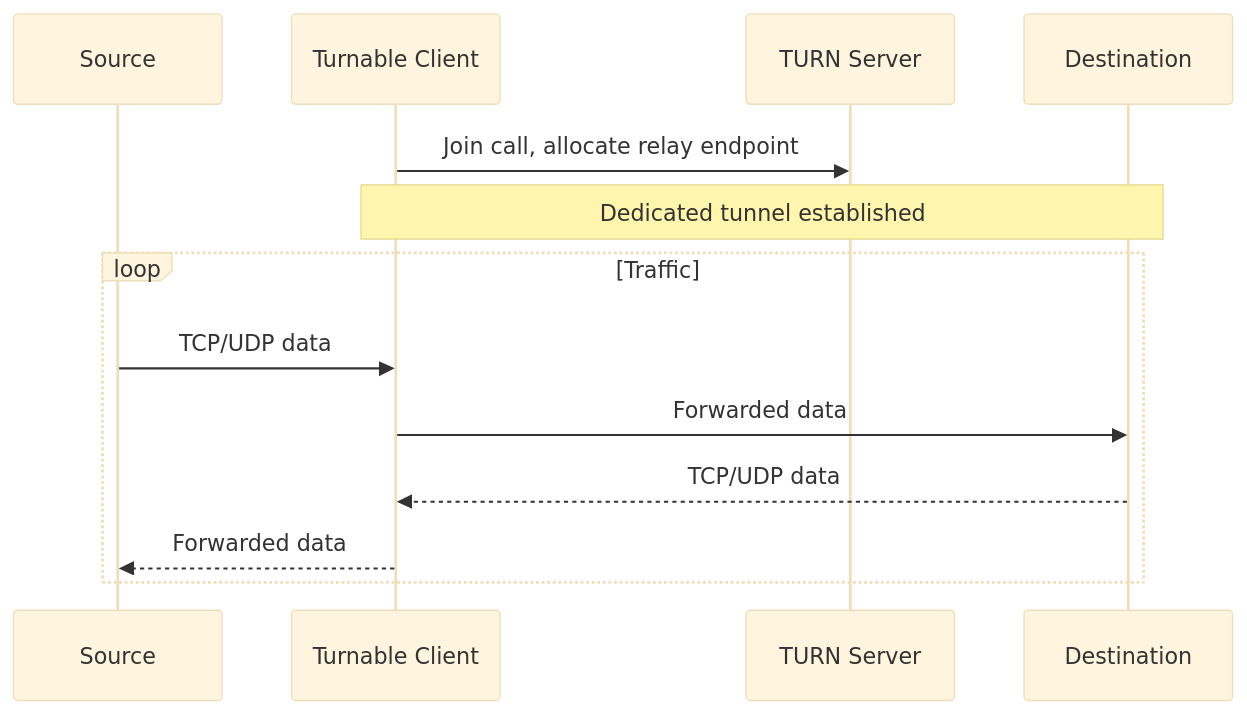
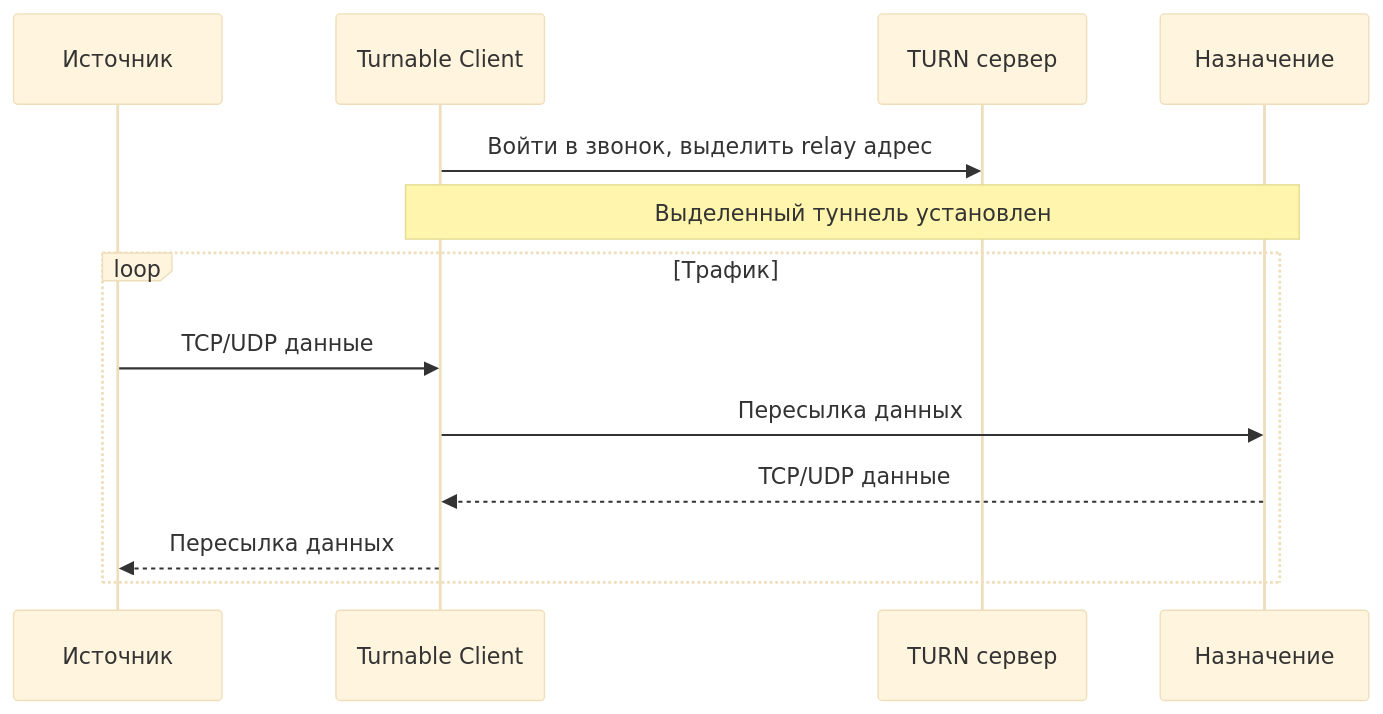
One commit to TheAirBlow/Turnable changed the second of 3 diagrams in README_RU.md. Above: the diagram before and after it, drawn with Mermaid (base theme). The commit also changed other lines of this file and 1 other file, not shown here.

````diff
--- a/README_RU.md
+++ b/README_RU.md
@@ -47,17 +52,17 @@
 ```mermaid
 sequenceDiagram
-    participant App as Source
+    participant App as Источник
     participant TC as Turnable Client
-    participant TURN as TURN Server
-    participant Dest as Destination
+    participant TURN as TURN сервер
+    participant Dest as Назначение
 
-    TC->>TURN: Join call, allocate relay endpoint
-    Note over TC,Dest: Dedicated tunnel established
+    TC->>TURN: Войти в звонок, выделить relay адрес
+    Note over TC,Dest: Выделенный туннель установлен
 
-    loop Traffic
-        App->>TC: TCP/UDP data
-        TC->>Dest: Forwarded data
-        Dest-->>TC: TCP/UDP data
-        TC-->>App: Forwarded data
+    loop Трафик
+        App->>TC: TCP/UDP данные
+        TC->>Dest: Пересылка данных
+        Dest-->>TC: TCP/UDP данные
+        TC-->>App: Пересылка данных
     end
 ```
````
